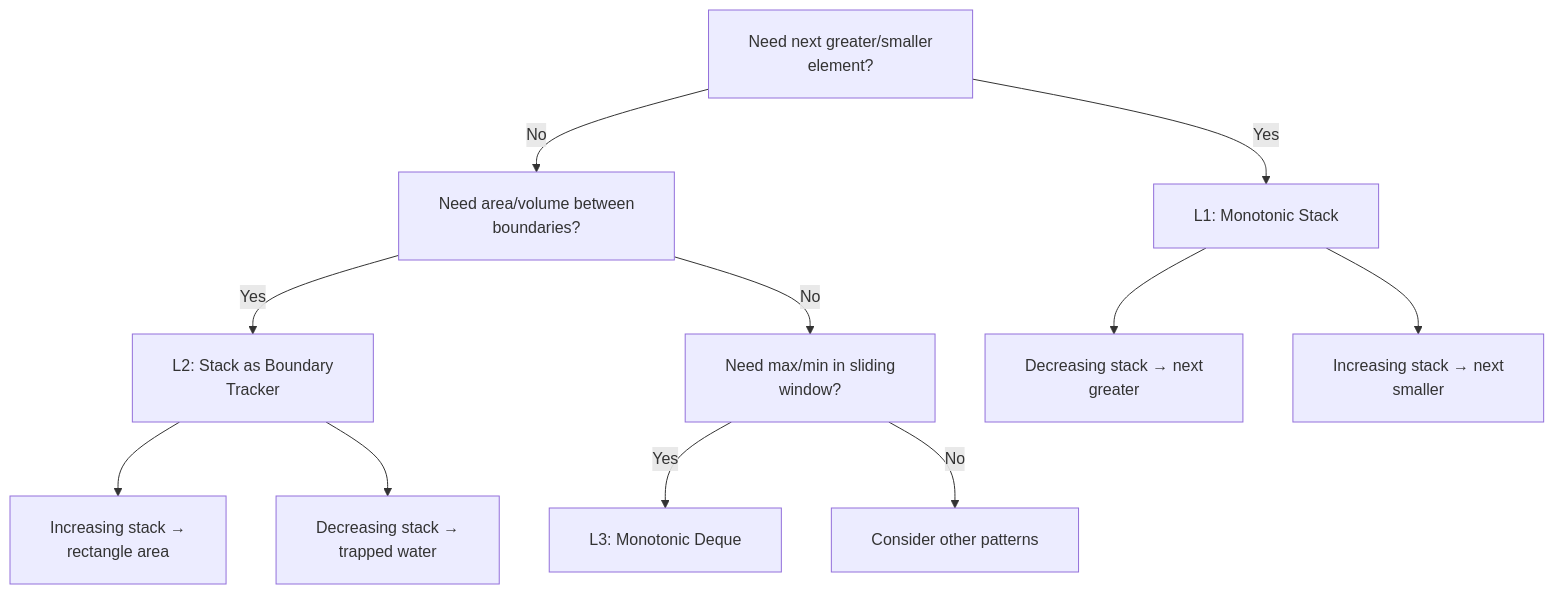
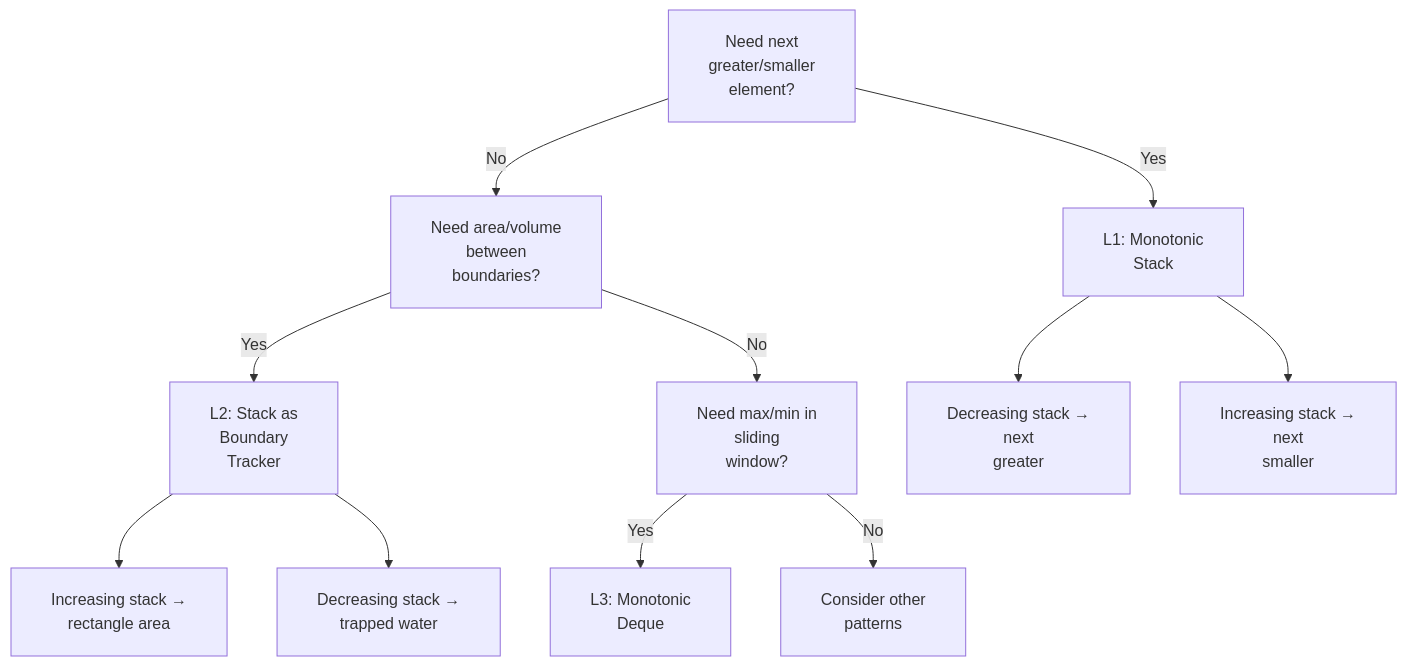
One commit to dip4k/DSA_102 changed the diagram in traversal guides/10_monotonic_stack/monotonic_stack_mastery_guide.md. Above: the diagram before and after it, drawn with Mermaid. The commit also changed 106 other files, not shown here.

First line of the commit message:
fix(mermaid): prevent text clipping with foreignObject overflow and tighter line wrapping

````diff
--- a/traversal guides/10_monotonic_stack/monotonic_stack_mastery_guide.md
+++ b/traversal guides/10_monotonic_stack/monotonic_stack_mastery_guide.md
@@ -512,14 +512,14 @@
 ```mermaid
-%%{init: {"flowchart": {"htmlLabels": true, "padding": 20}}}%%
+%%{init: {"flowchart": {"htmlLabels": true, "padding": 20}, "themeCSS": "foreignObject { overflow: visible !important; }"}}%%
 flowchart TD
-    A["Need next greater/smaller<br/>element?"] -->|Yes| B["L1: Monotonic Stack"]
-    A -->|No| C["Need area/volume between<br/>boundaries?"]
-    C -->|Yes| D["L2: Stack as Boundary<br/>Tracker"]
-    C -->|No| E["Need max/min in sliding<br/>window?"]
-    E -->|Yes| F["L3: Monotonic Deque"]
-    E -->|No| G["Consider other patterns"]
-    B --> B1["Decreasing stack → next<br/>greater"]
-    B --> B2["Increasing stack → next<br/>smaller"]
+    A["Need next<br/>greater/smaller<br/>element?"] -->|Yes| B["L1: Monotonic<br/>Stack"]
+    A -->|No| C["Need area/volume<br/>between<br/>boundaries?"]
+    C -->|Yes| D["L2: Stack as<br/>Boundary<br/>Tracker"]
+    C -->|No| E["Need max/min in<br/>sliding<br/>window?"]
+    E -->|Yes| F["L3: Monotonic<br/>Deque"]
+    E -->|No| G["Consider other<br/>patterns"]
+    B --> B1["Decreasing stack →<br/>next<br/>greater"]
+    B --> B2["Increasing stack →<br/>next<br/>smaller"]
     D --> D1["Increasing stack →<br/>rectangle area"]
     D --> D2["Decreasing stack →<br/>trapped water"]
 ```
````
